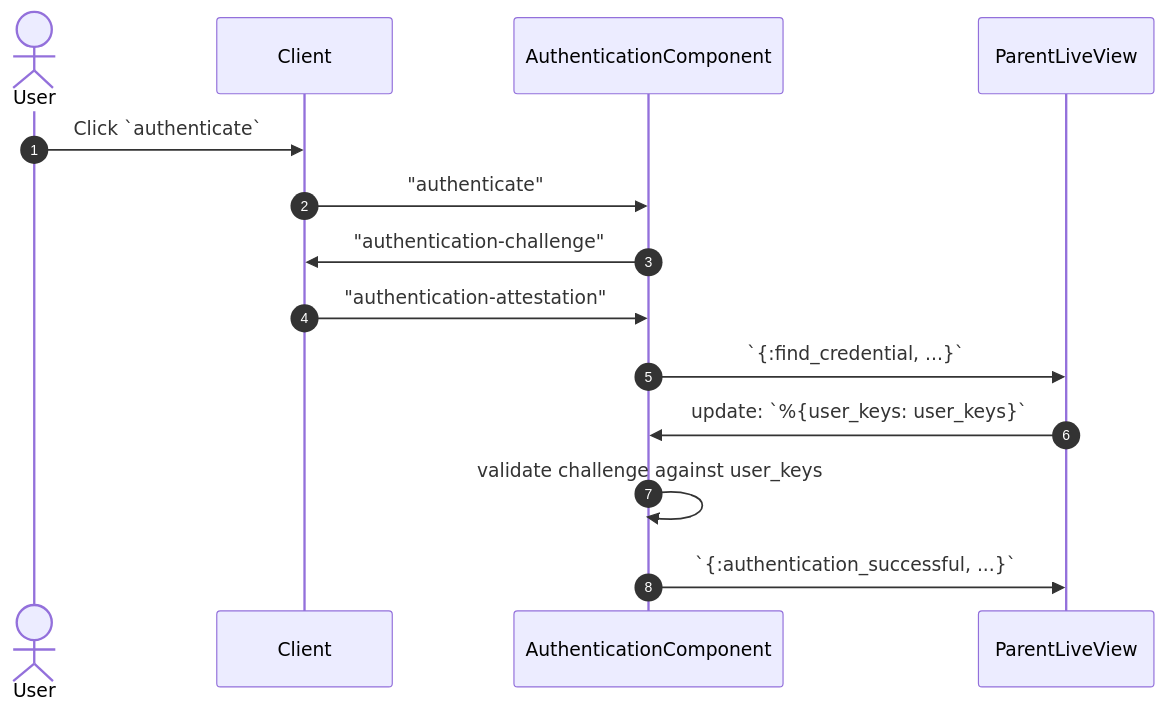
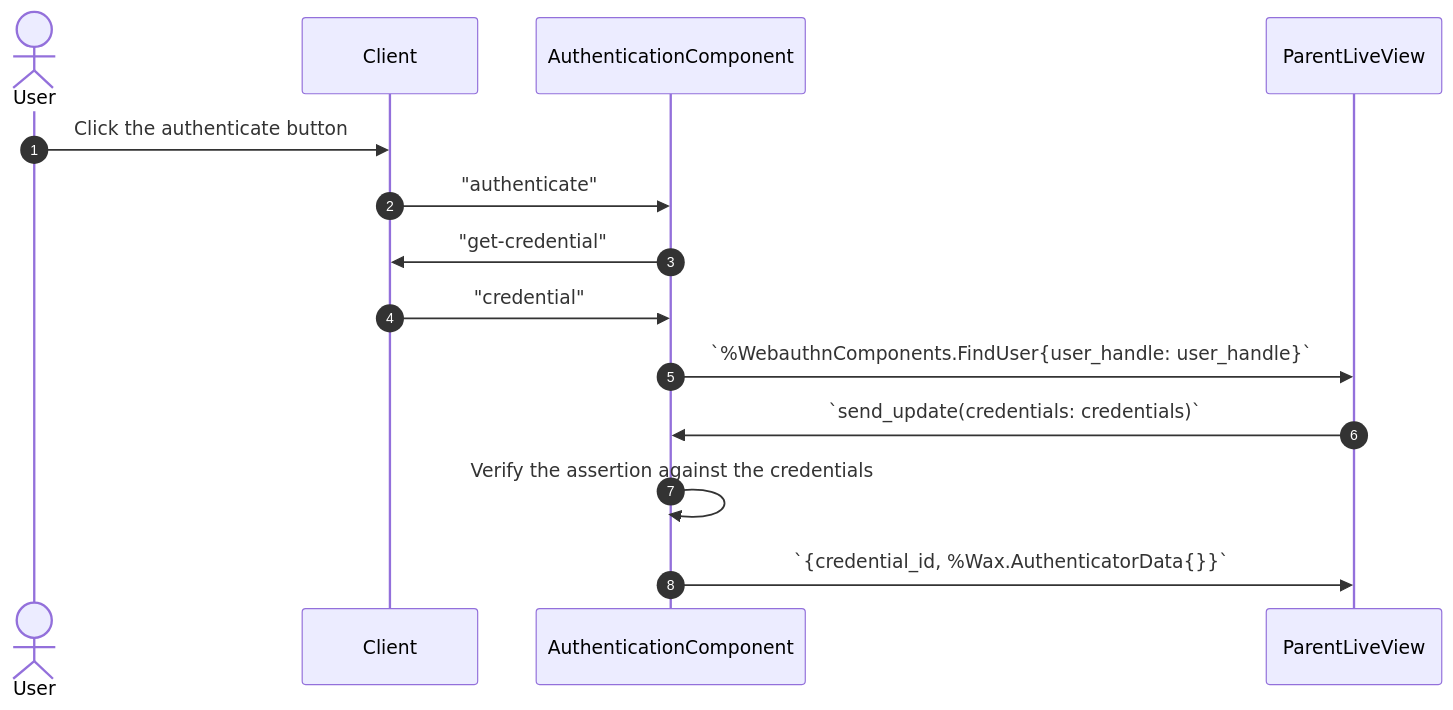
One commit to liveshowy/webauthn_components changed the third of 3 diagrams in webauthn_flows.md. Above: the diagram before and after it, drawn with Mermaid. The commit also changed other lines of this file and 20 other files, not shown here.

````diff
--- a/webauthn_flows.md
+++ b/webauthn_flows.md
@@ -60,17 +54,17 @@
 ```mermaid
 sequenceDiagram
    autonumber
    actor User
    participant Client
    participant AuthenticationComponent
    participant ParentLiveView
 
-   User->>Client: Click `authenticate`
+   User->>Client: Click the authenticate button
    Client->>AuthenticationComponent: "authenticate"
-   AuthenticationComponent->>Client: "authentication-challenge"
-   Client->>AuthenticationComponent: "authentication-attestation"
-   AuthenticationComponent->>ParentLiveView: `{:find_credential, ...}`
-   ParentLiveView->>AuthenticationComponent: update: `%{user_keys: user_keys}`
-   AuthenticationComponent->>AuthenticationComponent: validate challenge against user_keys
-   AuthenticationComponent->>ParentLiveView: `{:authentication_successful, ...}`
+   AuthenticationComponent->>Client: "get-credential"
+   Client->>AuthenticationComponent: "credential"
+   AuthenticationComponent->>ParentLiveView: `%WebauthnComponents.FindUser{user_handle: user_handle}`
+   ParentLiveView->>AuthenticationComponent: `send_update(credentials: credentials)`
+   AuthenticationComponent->>AuthenticationComponent: Verify the assertion against the credentials
+   AuthenticationComponent->>ParentLiveView: `{credential_id, %Wax.AuthenticatorData{}}`
 ```
````
